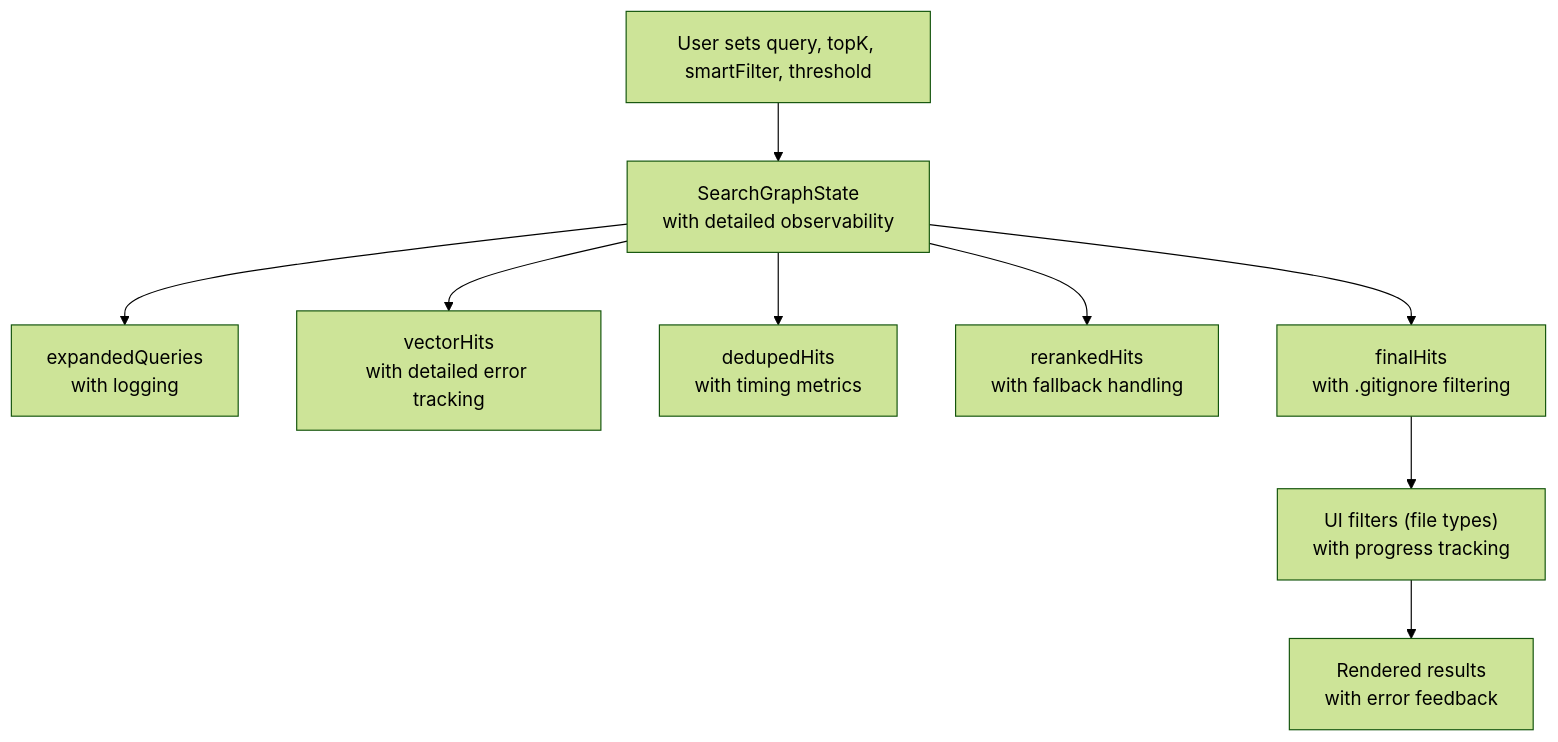
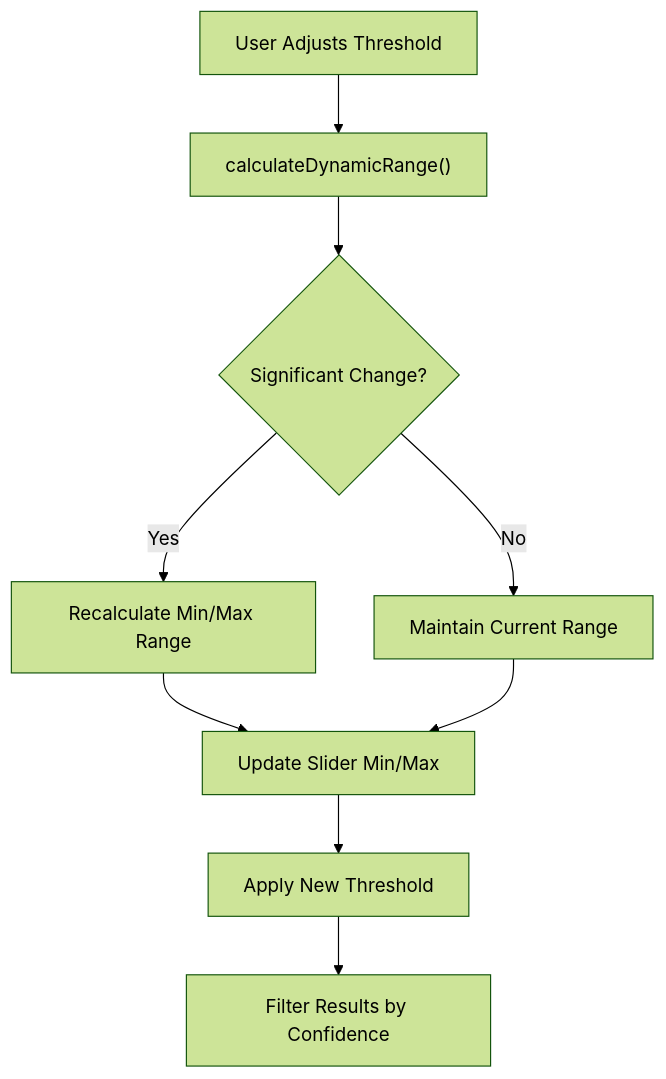
Before and after one commit to bramburn/repomix-runner: the fifth of 6 diagrams in .qoder/repowiki/en/content/Indexing and Search System/Semantic Search Algorithms.md, drawn with Mermaid (forest theme). The commit also changed other lines of this file and 19 other files, not shown here.

````diff
--- a/.qoder/repowiki/en/content/Indexing and Search System/Semantic Search Algorithms.md
+++ b/.qoder/repowiki/en/content/Indexing and Search System/Semantic Search Algorithms.md
@@ -268,11 +252,11 @@
 ```mermaid
 flowchart TD
-U["User sets query, topK, smartFilter, threshold"] --> S["SearchGraphState<br/>with detailed observability"]
-S --> E["expandedQueries<br/>with logging"]
-S --> V["vectorHits<br/>with detailed error tracking"]
-S --> D["dedupedHits<br/>with timing metrics"]
-S --> R["rerankedHits<br/>with fallback handling"]
-S --> F["finalHits<br/>with .gitignore filtering"]
-F --> G["UI filters (file types)<br/>with progress tracking"]
-G --> H["Rendered results<br/>with error feedback"]
+A["User Adjusts Threshold"] --> B["calculateDynamicRange()"]
+B --> C{"Significant Change?"}
+C --> |Yes| D["Recalculate Min/Max Range"]
+C --> |No| E["Maintain Current Range"]
+D --> F["Update Slider Min/Max"]
+E --> F
+F --> G["Apply New Threshold"]
+G --> H["Filter Results by Confidence"]
 ```
````
